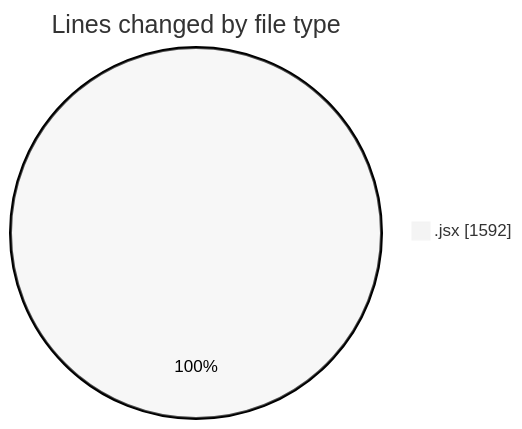
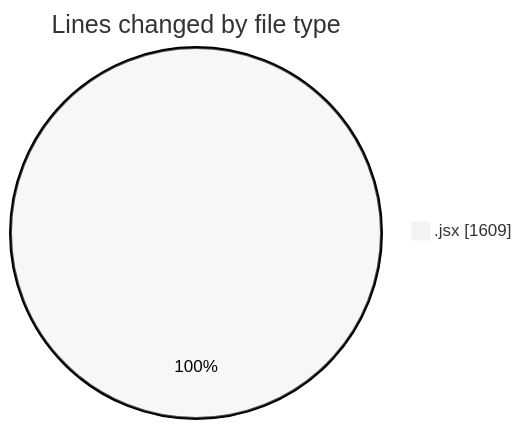
The first of 2 diagrams in 2025-08-22/nxtqube_webapp/README.md (nxtqubesakshisongat/code-tracking), drawn with Mermaid (neutral theme) before and after one commit. The commit also changed other lines of this file and 1 other file, not shown here.

````diff
--- a/2025-08-22/nxtqube_webapp/README.md
+++ b/2025-08-22/nxtqube_webapp/README.md
@@ -20,5 +20,5 @@
 ```mermaid
 pie showData
 title Lines changed by file type
-".jsx" : 1592
+".jsx" : 1609
 ```
````
